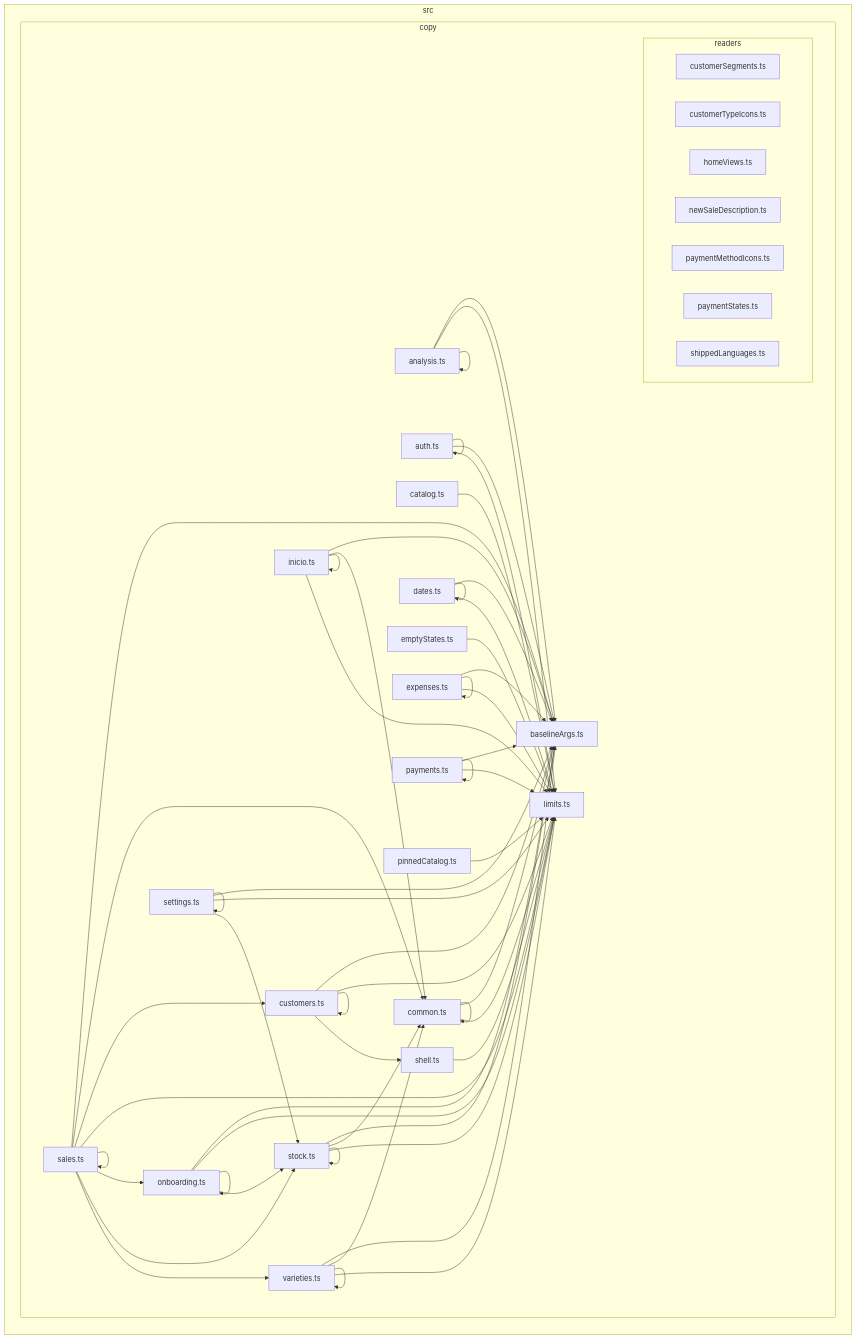
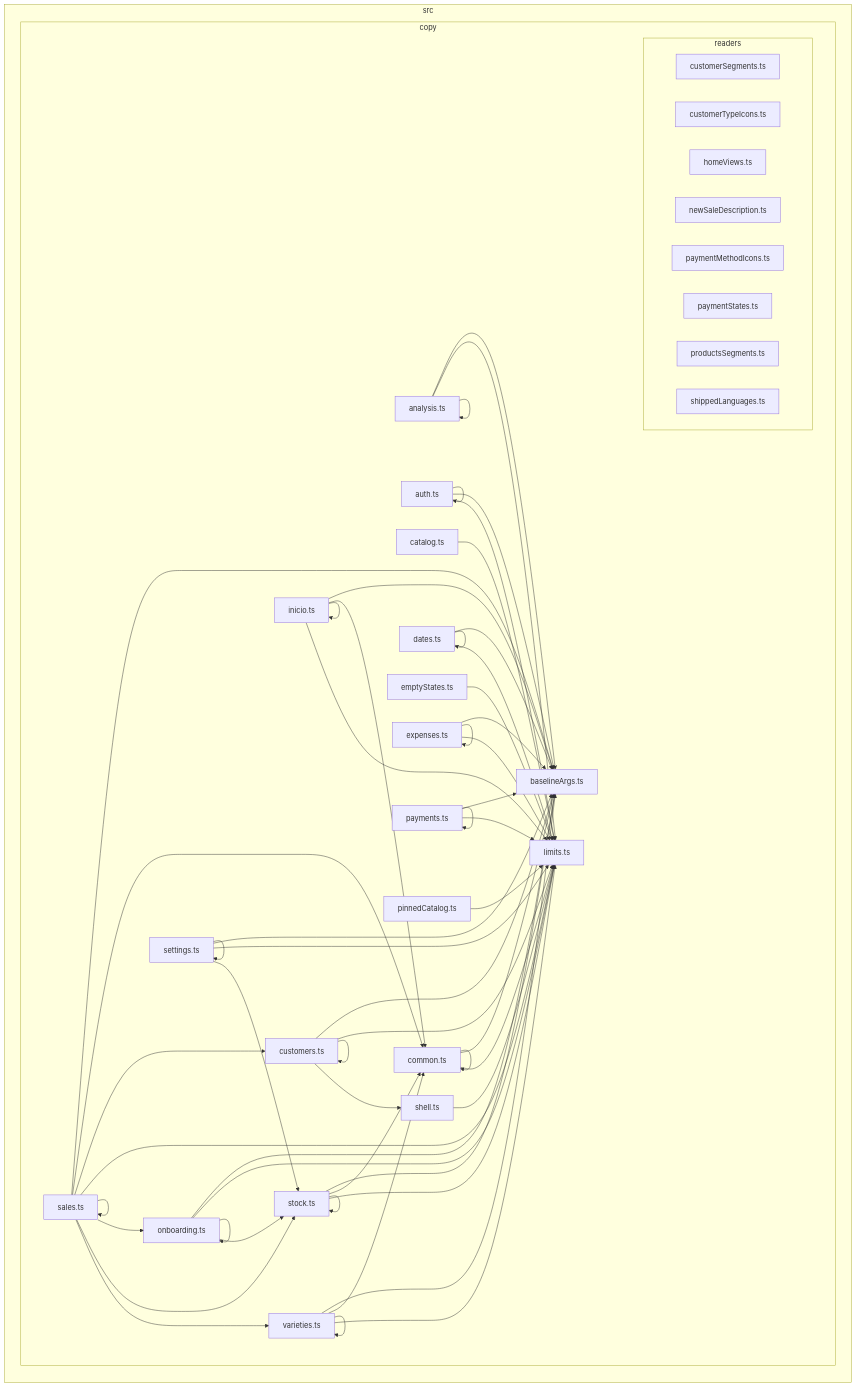
Before and after one commit to GonzaloZevallos/apostrophe: the diagram in docs/architecture/generated/front-modules/copy.md, drawn with Mermaid.

Commit message:
chore(docs): regenerate [skip ci]

```diff
--- a/docs/architecture/generated/front-modules/copy.md
+++ b/docs/architecture/generated/front-modules/copy.md
@@ -15,6 +15,7 @@
       src_copy_readers_newSaleDescription_ts["newSaleDescription.ts"]
       src_copy_readers_paymentMethodIcons_ts["paymentMethodIcons.ts"]
       src_copy_readers_paymentStates_ts["paymentStates.ts"]
+      src_copy_readers_productsSegments_ts["productsSegments.ts"]
       src_copy_readers_shippedLanguages_ts["shippedLanguages.ts"]
     end
     src_copy_analysis_ts["analysis.ts"]
```
